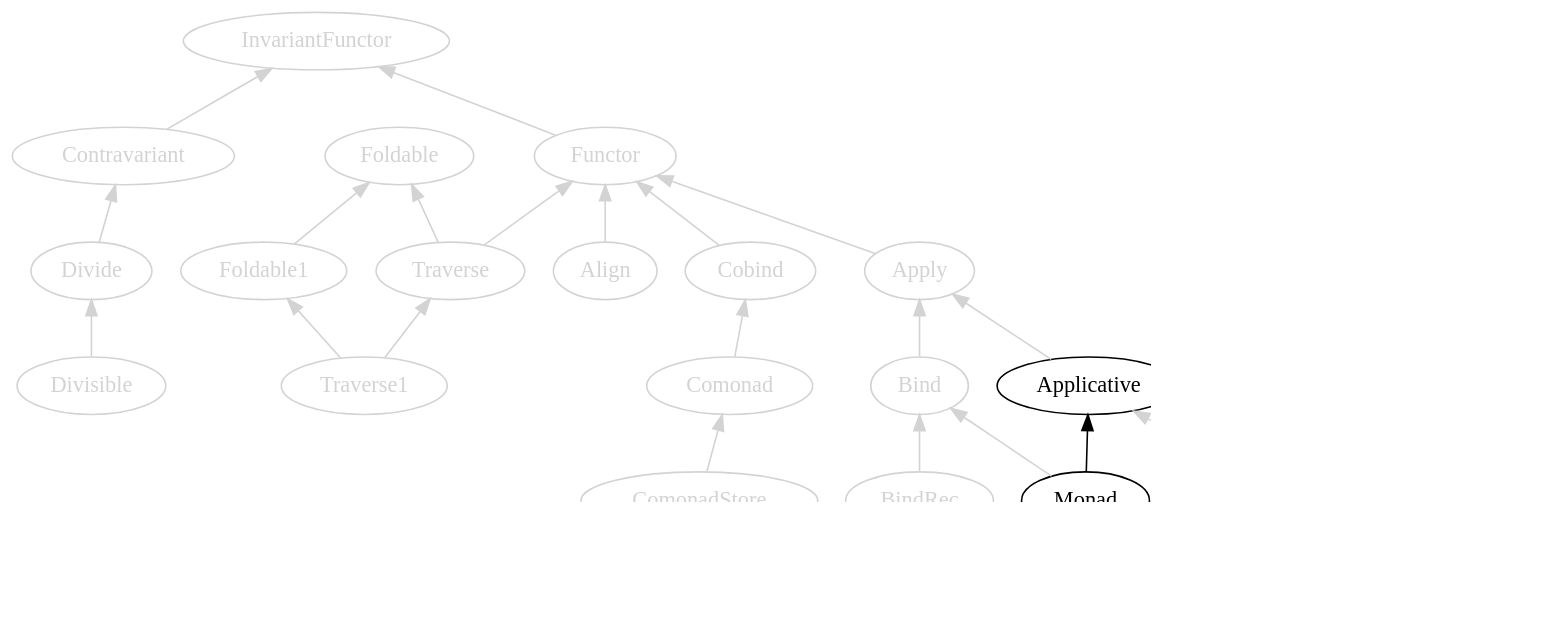
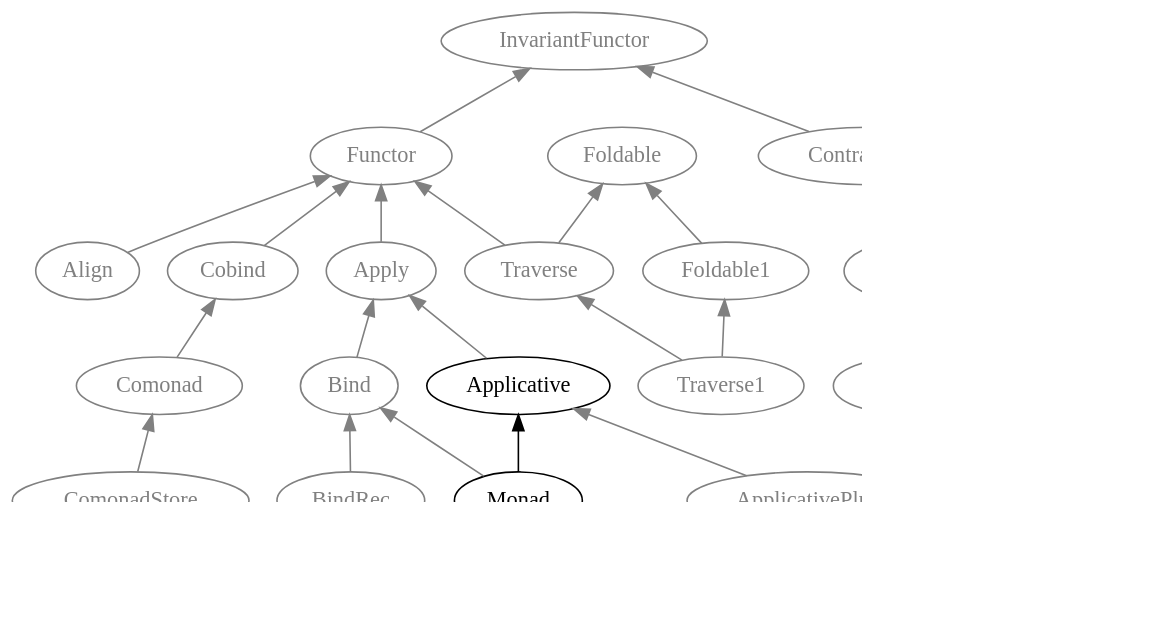
Before and after one commit to fommil/fpmortals: the tenth of 10 diagrams in manuscript/book.org, drawn with Graphviz. The commit also changed other lines of this file and 7 other files, not shown here.

Commit message:
improve the diagrams

```diff
--- a/manuscript/book.org
+++ b/manuscript/book.org
@@ -4618,51 +4641,54 @@
 #+BEGIN_SRC dot :file images/scalaz-applicative.png :exports results
 digraph G {
     graph [dpi=100, rankdir=BT];
     node [fontname=Hack];
 
-    subgraph mappable {
-      Monad -> Applicative;
-    }
-
     subgraph {
-      node [fontcolor=lightgrey,color=lightgrey];
-      edge [color=lightgrey];
+      node [fontcolor=grey,color=grey];
+      edge [color=grey];
 
       Bind -> Apply;
       BindRec -> Bind;
 
       Contravariant -> InvariantFunctor;
       Functor -> InvariantFunctor;
 
       Divide -> Contravariant;
       Divisible -> Divide;
       Apply -> Functor;
+      Applicative [fontcolor=black,color=black];
       Applicative -> Apply;
 
       Foldable1 -> Foldable;
       Traverse -> Functor;
       Traverse -> Foldable;
       Traverse1 -> Traverse;
       Traverse1 -> Foldable1;
 
-      Align -> Functor;
-      Monad;
+      Monad [fontcolor=black,color=black];
 
       "Advanced Monads" [style=dashed];
       "Advanced Monads" -> Monad;
 
       Monad -> Bind;
 
       Cobind -> Functor;
       Comonad -> Cobind;
 
       PlusEmpty -> Plus;
       IsEmpty -> PlusEmpty;
 
       ApplicativePlus -> Applicative;
       ApplicativePlus -> PlusEmpty;
 
       ComonadStore -> Comonad;
+
+      Align -> Functor;
     }
+
+    subgraph mappable {
+      Monad -> Applicative;
+    }
+
 }
 #+END_SRC
```
